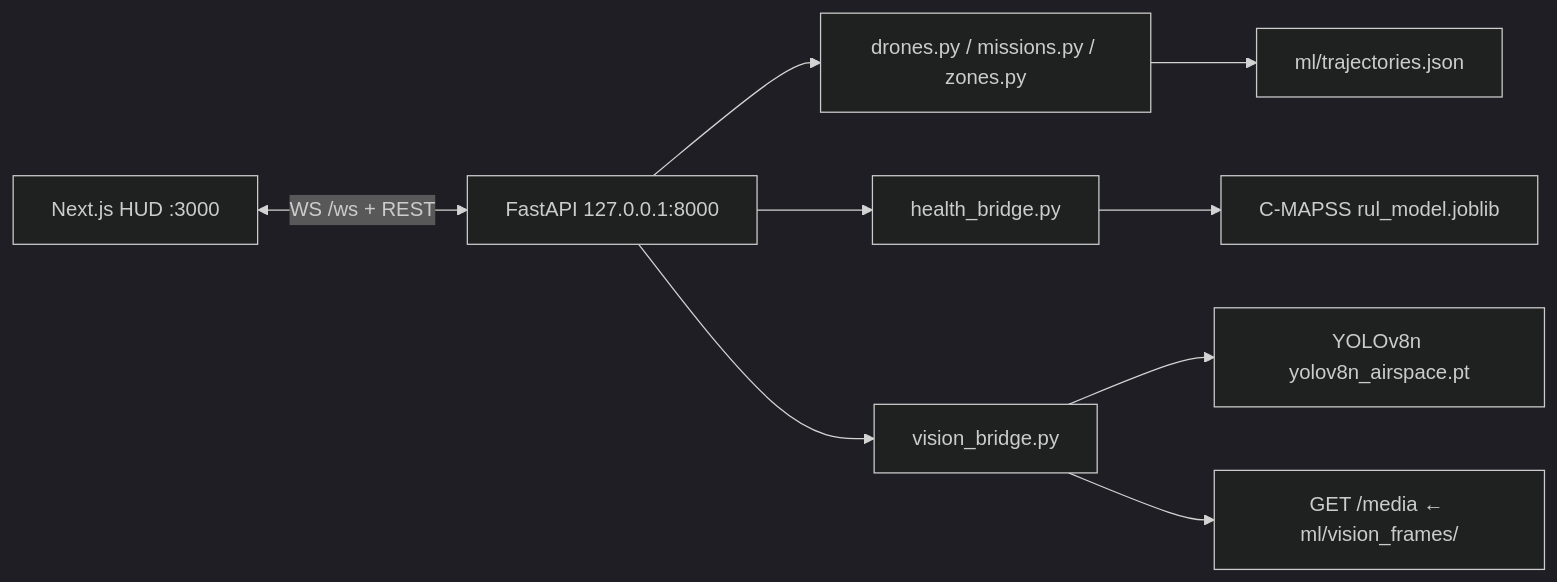
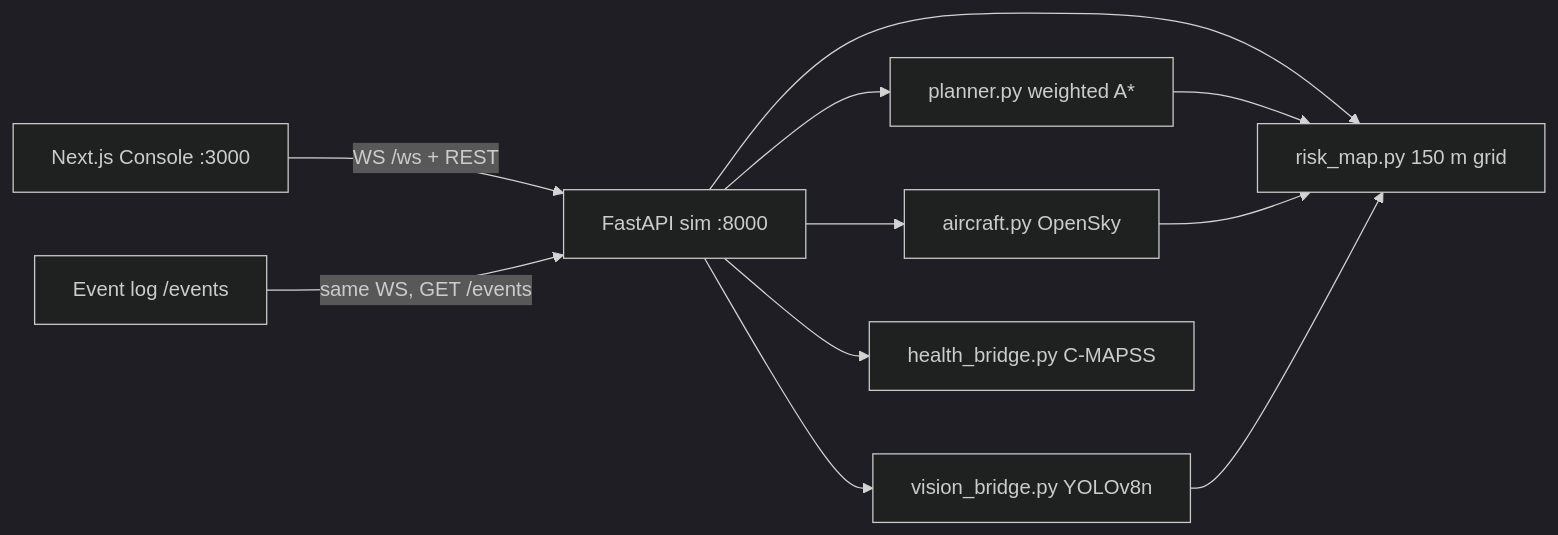
Before and after one commit to joelmathewgeorge/codecortex: the diagram in README.md, drawn with Mermaid (dark theme). The commit also changed other lines of this file and 1 other file, not shown here.

Commit message:
Rewrite the GitHub README as a hackathon pitch for the Dubai airspace console.

````diff
--- a/README.md
+++ b/README.md
@@ -30,11 +31,22 @@
 ```mermaid
 flowchart LR
-  UI["Next.js HUD :3000"] <-->|"WS /ws + REST"| API["FastAPI 127.0.0.1:8000"]
-  API --> Sim["drones.py / missions.py / zones.py"]
-  API --> Health["health_bridge.py"]
-  API --> Vision["vision_bridge.py"]
-  Sim --> Traj["ml/trajectories.json"]
-  Health --> RUL["C-MAPSS rul_model.joblib"]
-  Vision --> YOLO["YOLOv8n yolov8n_airspace.pt"]
-  Vision --> Frames["GET /media ← ml/vision_frames/"]
+  Console["Next.js Console :3000"]
+  Events["Event log /events"]
+  API["FastAPI sim :8000"]
+  Plan["planner.py weighted A*"]
+  Risk["risk_map.py 150 m grid"]
+  Sky["aircraft.py OpenSky"]
+  YOLO["vision_bridge.py YOLOv8n"]
+  RUL["health_bridge.py C-MAPSS"]
+
+  Console -->|"WS /ws + REST"| API
+  Events -->|"same WS, GET /events"| API
+  API --> Plan
+  API --> Risk
+  API --> Sky
+  API --> YOLO
+  API --> RUL
+  Plan --> Risk
+  Sky --> Risk
+  YOLO --> Risk
 ```
````
